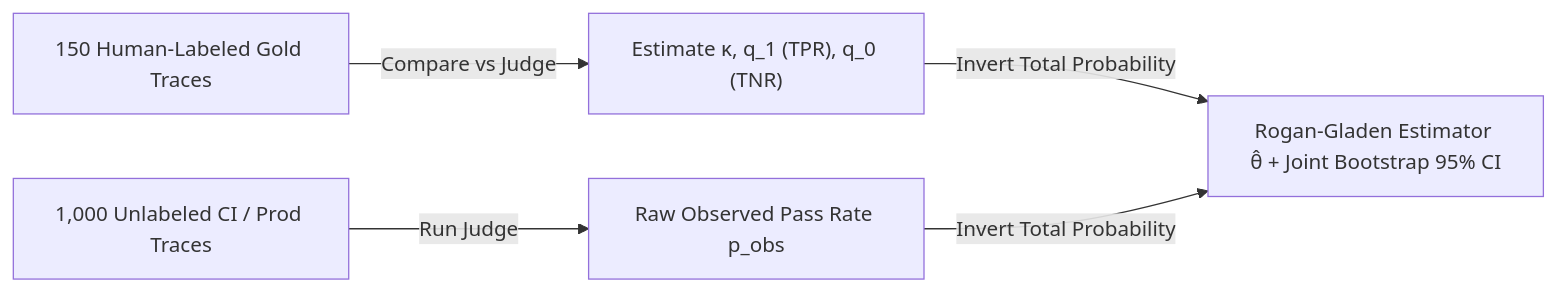
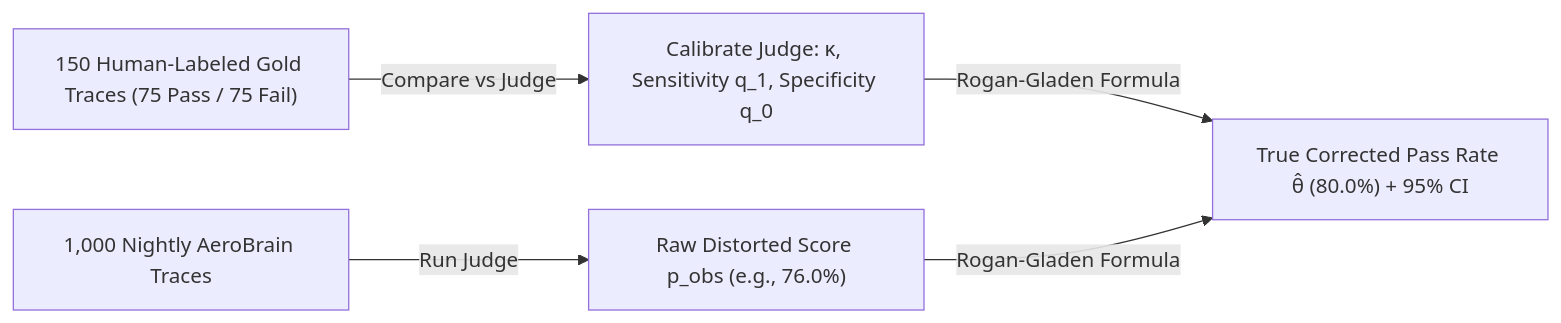
One commit to manjunathk833/codingforinterviews changed the diagram in knowledgebase/06-ai-engineering-qa-focused/06-statistical-judge-calibration-kappa-and-rogan-gladen.md. Above: the diagram before and after it, drawn with Mermaid. The commit also changed other lines of this file and 55 other files, not shown here.

````diff
--- a/knowledgebase/06-ai-engineering-qa-focused/06-statistical-judge-calibration-kappa-and-rogan-gladen.md
+++ b/knowledgebase/06-ai-engineering-qa-focused/06-statistical-judge-calibration-kappa-and-rogan-gladen.md
@@ -77,6 +111,6 @@
 ```mermaid
 flowchart LR
-  SME["150 Human-Labeled Gold Traces"] -->|Compare vs Judge| Cal["Estimate κ, q_1 (TPR), q_0 (TNR)"]
-  Prod["1,000 Unlabeled CI / Prod Traces"] -->|Run Judge| Obs["Raw Observed Pass Rate p_obs"]
-  Cal & Obs -->|Invert Total Probability| RG["Rogan-Gladen Estimator θ̂ + Joint Bootstrap 95% CI"]
+  SME["150 Human-Labeled Gold Traces (75 Pass / 75 Fail)"] -->|Compare vs Judge| Cal["Calibrate Judge: κ, Sensitivity q_1, Specificity q_0"]
+  Prod["1,000 Nightly AeroBrain Traces"] -->|Run Judge| Obs["Raw Distorted Score p_obs (e.g., 76.0%)"]
+  Cal & Obs -->|Rogan-Gladen Formula| TrueScore["True Corrected Pass Rate θ̂ (80.0%) + 95% CI"]
 ```
````
